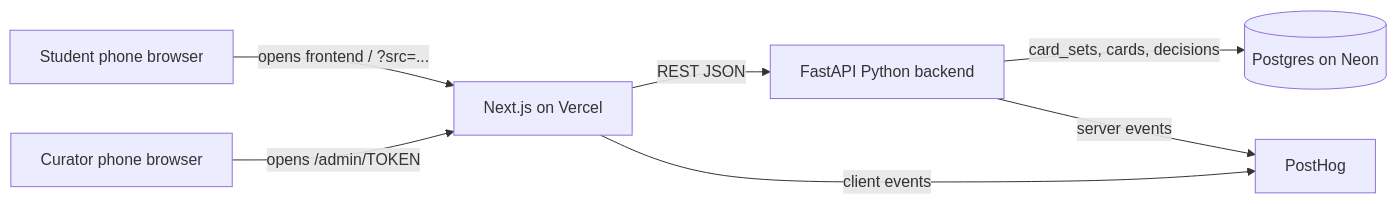
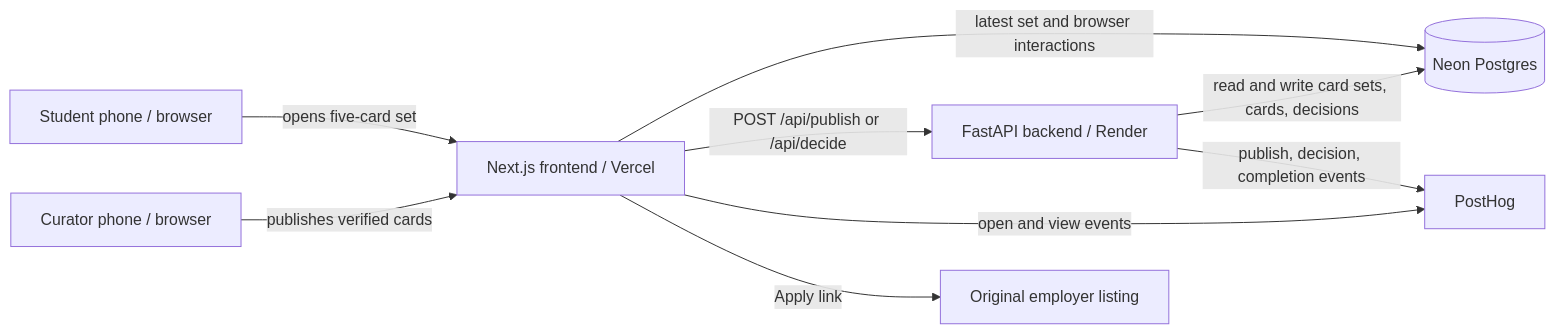
Before and after one commit to mategvetadze/Development-course-project: the diagram in 03-build/architecture/architecture.md, drawn with Mermaid. The commit also changed other lines of this file and 4 other files, not shown here.

````diff
--- a/03-build/architecture/architecture.md
+++ b/03-build/architecture/architecture.md
@@ -7,9 +5,11 @@
 ```mermaid
 flowchart LR
-  S[Student phone browser] -->|opens frontend / ?src=...| FE[Next.js on Vercel]
-  C[Curator phone browser] -->|opens /admin/TOKEN| FE
-  FE -->|REST JSON| API[FastAPI Python backend]
-  API -->|card_sets, cards, decisions| DB[(Postgres on Neon)]
-  API -->|server events| PH[PostHog]
-  FE -->|client events| PH
+    N[Student phone / browser] -->|opens five-card set| UI[Next.js frontend / Vercel]
+    C[Curator phone / browser] -->|publishes verified cards| UI
+    UI -->|latest set and browser interactions| DB[(Neon Postgres)]
+    UI -->|POST /api/publish or /api/decide| API[FastAPI backend / Render]
+    API -->|read and write card sets, cards, decisions| DB
+    UI -->|open and view events| PH[PostHog]
+    API -->|publish, decision, completion events| PH
+    UI -->|Apply link| JOB[Original employer listing]
 ```
````
